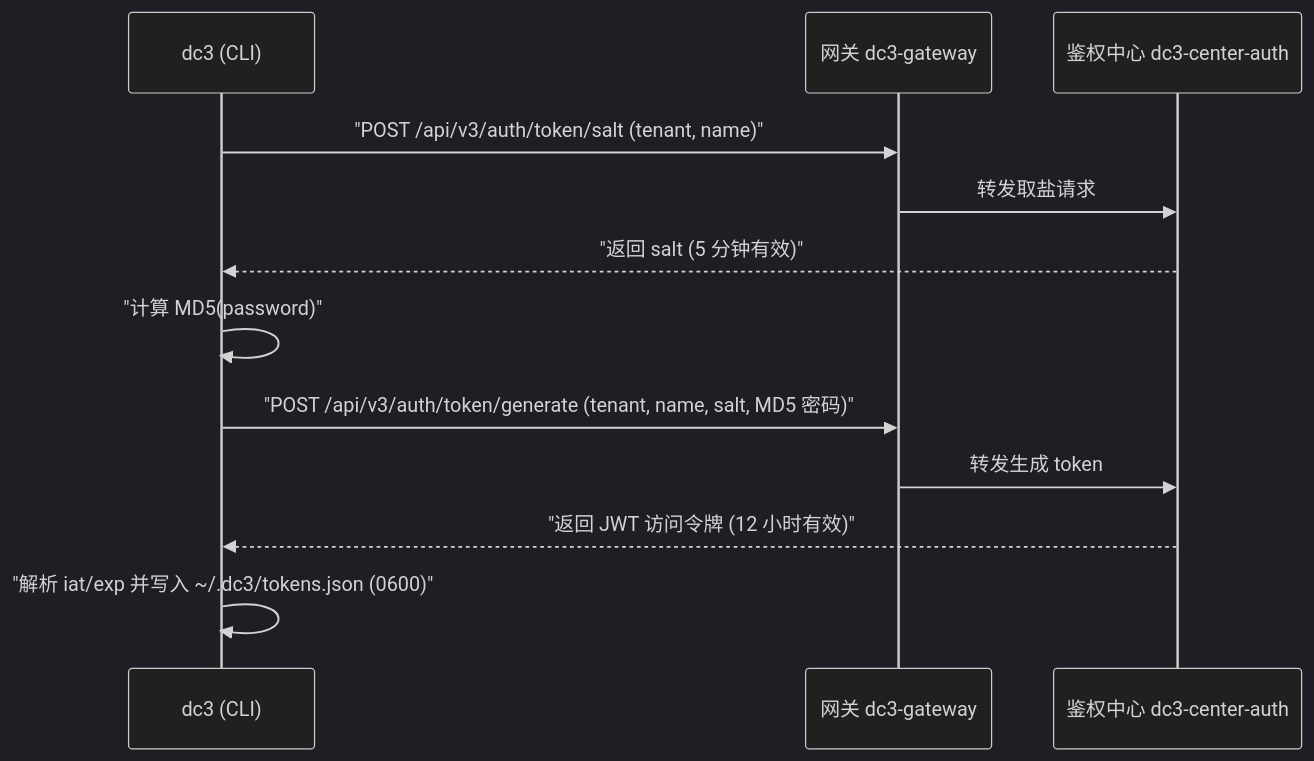
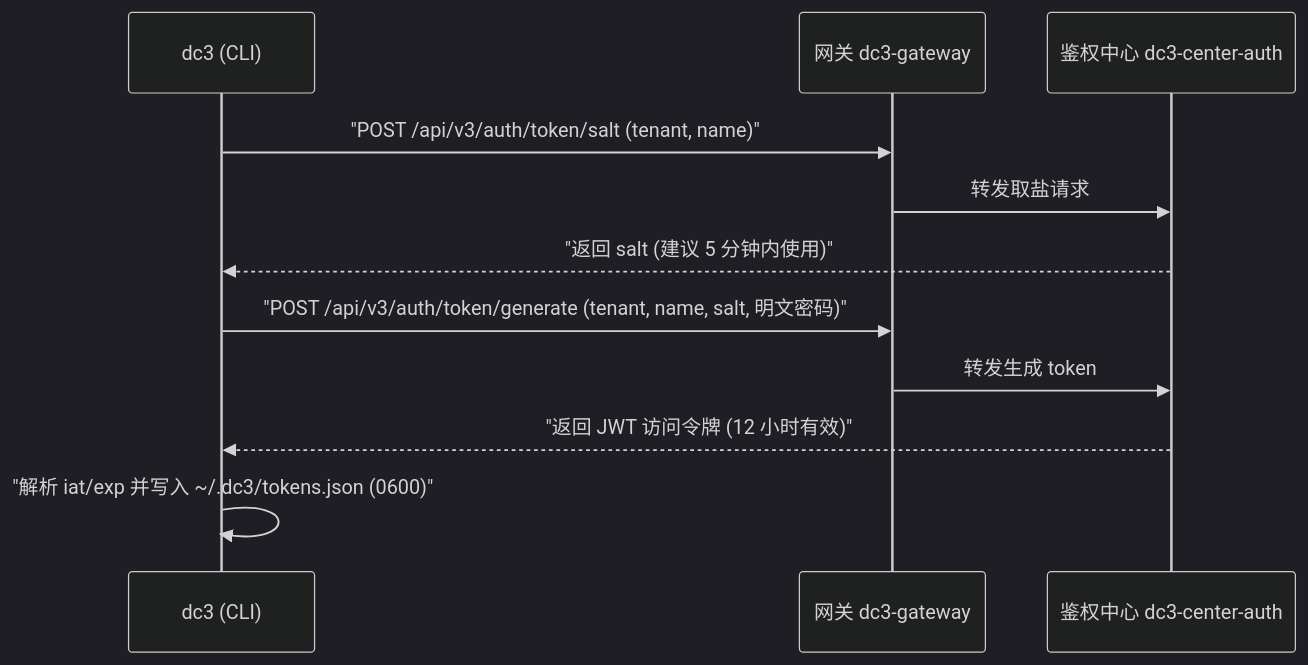
One commit to pnoker/iot-dc3 changed the first of 3 diagrams in docs/zh/automation/cli.md. Above: the diagram before and after it, drawn with Mermaid (dark theme). The commit also changed other lines of this file and 64 other files, not shown here.

First line of the commit message:
docs: update documentation, architecture diagrams and superpowers analysis

````diff
--- a/docs/zh/automation/cli.md
+++ b/docs/zh/automation/cli.md
@@ -41,14 +41,13 @@
 ```mermaid
 sequenceDiagram
     participant CLI as dc3 (CLI)
     participant GW as 网关 dc3-gateway
     participant Auth as 鉴权中心 dc3-center-auth
     CLI->>GW: "POST /api/v3/auth/token/salt (tenant, name)"
     GW->>Auth: 转发取盐请求
-    Auth-->>CLI: "返回 salt (5 分钟有效)"
-    CLI->>CLI: "计算 MD5(password)"
-    CLI->>GW: "POST /api/v3/auth/token/generate (tenant, name, salt, MD5 密码)"
+    Auth-->>CLI: "返回 salt (建议 5 分钟内使用)"
+    CLI->>GW: "POST /api/v3/auth/token/generate (tenant, name, salt, 明文密码)"
     GW->>Auth: 转发生成 token
     Auth-->>CLI: "返回 JWT 访问令牌 (12 小时有效)"
     CLI->>CLI: "解析 iat/exp 并写入 ~/.dc3/tokens.json (0600)"
 ```
````
